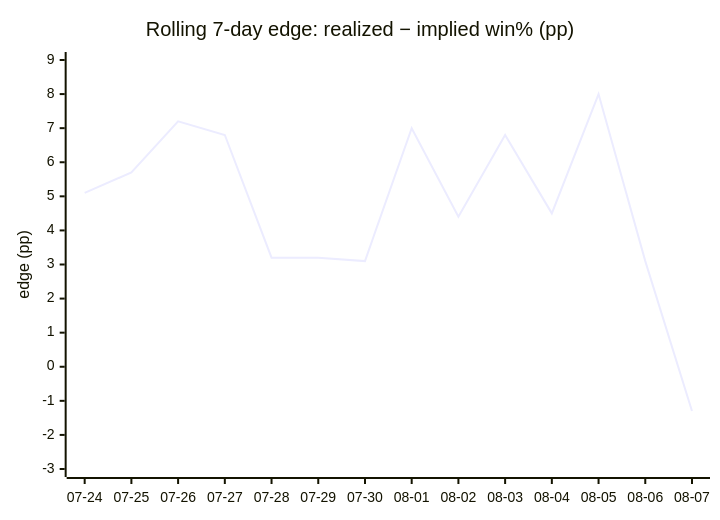
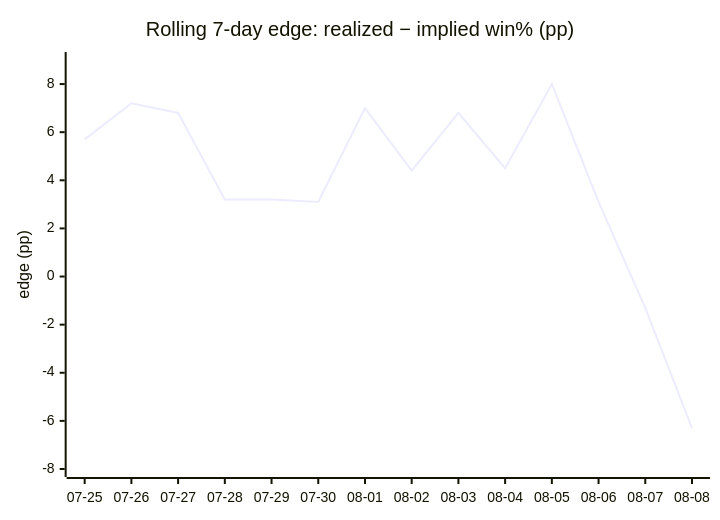
One commit to dpk1212/nhl-savant changed the fourth of 4 diagrams in DAILY_AGSU_REPORT.md. Above: the diagram before and after it, drawn with Mermaid. The commit also changed other lines of this file, not shown here.

````diff
--- a/DAILY_AGSU_REPORT.md
+++ b/DAILY_AGSU_REPORT.md
@@ -794,7 +794,7 @@
 ```mermaid
 xychart-beta
     title "Rolling 7-day edge: realized − implied win% (pp)"
-    x-axis ["07-24", "07-25", "07-26", "07-27", "07-28", "07-29", "07-30", "08-01", "08-02", "08-03", "08-04", "08-05", "08-06", "08-07"]
-    y-axis "edge (pp)" -3 --> 9
-    line [5.1, 5.7, 7.2, 6.8, 3.2, 3.2, 3.1, 7, 4.4, 6.8, 4.5, 8, 3.1, -1.3]
+    x-axis ["07-25", "07-26", "07-27", "07-28", "07-29", "07-30", "08-01", "08-02", "08-03", "08-04", "08-05", "08-06", "08-07", "08-08"]
+    y-axis "edge (pp)" -8 --> 9
+    line [5.7, 7.2, 6.8, 3.2, 3.2, 3.1, 7, 4.4, 6.8, 4.5, 8, 3.1, -1.3, -6.3]
 ```
````
